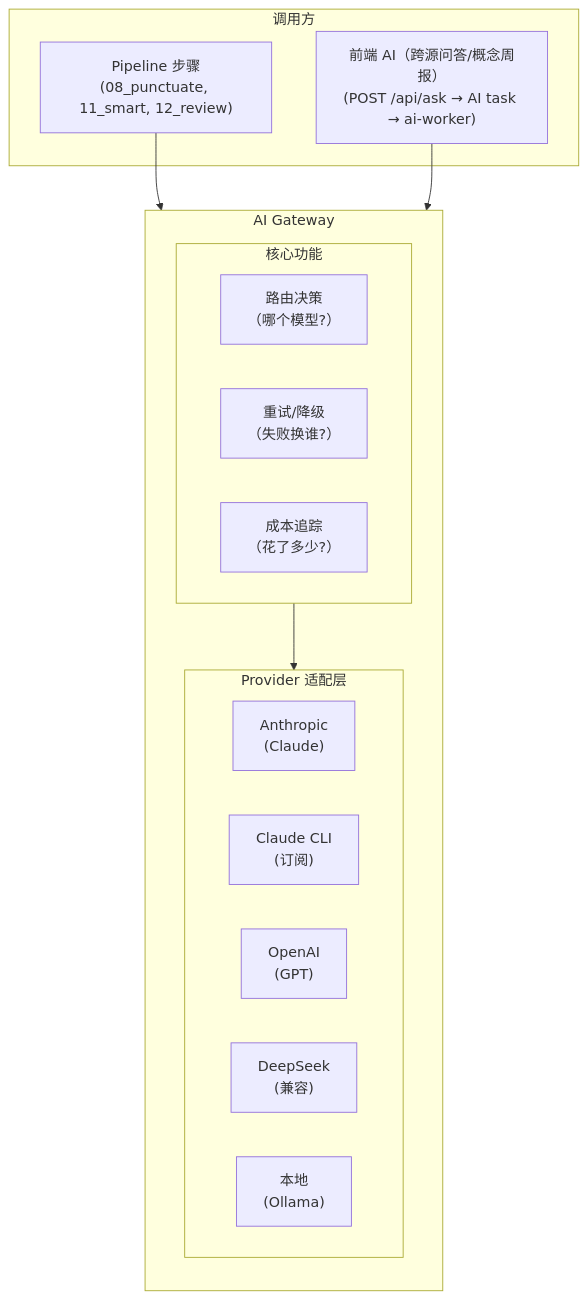
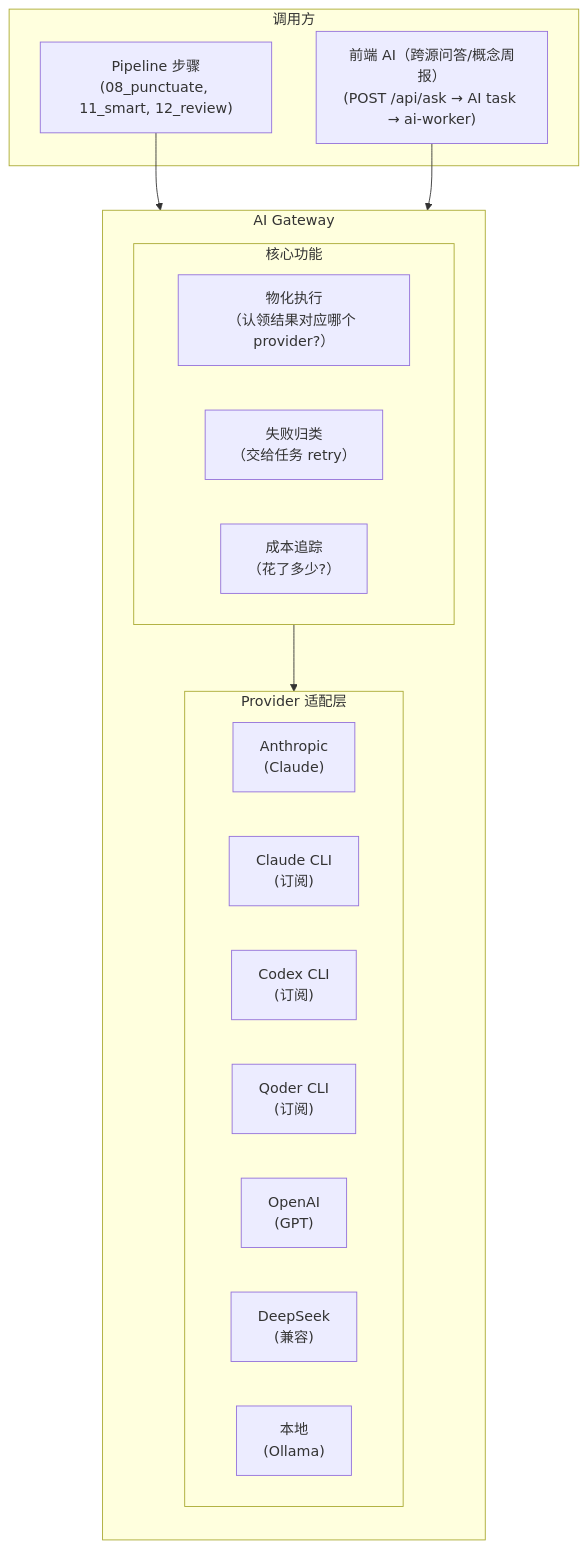
Before and after one commit to Gwzlchn/Flori: the diagram in docs/04-module-design/ai-gateway.md, drawn with Mermaid. The commit also changed other lines of this file and 112 other files, not shown here.

````diff
--- a/docs/04-module-design/ai-gateway.md
+++ b/docs/04-module-design/ai-gateway.md
@@ -15,27 +15,29 @@
 ```mermaid
 graph TD
     subgraph Callers["调用方"]
         Pipeline["Pipeline 步骤<br/>(08_punctuate, 11_smart, 12_review)"]
         Frontend["前端 AI（跨源问答/概念周报）<br/>(POST /api/ask → AI task → ai-worker)"]
     end
 
     subgraph Gateway["AI Gateway"]
         direction TB
         subgraph Core["核心功能"]
-            Router["路由决策<br/>（哪个模型?）"]
-            Retry["重试/降级<br/>（失败换谁?）"]
+            Router["物化执行<br/>（认领结果对应哪个 provider?）"]
+            Retry["失败归类<br/>（交给任务 retry）"]
             Cost["成本追踪<br/>（花了多少?）"]
         end
         subgraph Providers["Provider 适配层"]
             Anthropic["Anthropic<br/>(Claude)"]
             ClaudeCLI["Claude CLI<br/>(订阅)"]
+            CodexCLI["Codex CLI<br/>(订阅)"]
+            QoderCLI["Qoder CLI<br/>(订阅)"]
             OpenAI["OpenAI<br/>(GPT)"]
             DeepSeek["DeepSeek<br/>(兼容)"]
             Local["本地<br/>(Ollama)"]
         end
     end
 
     Pipeline --> Gateway
     Frontend --> Gateway
     Core --> Providers
 ```
````
